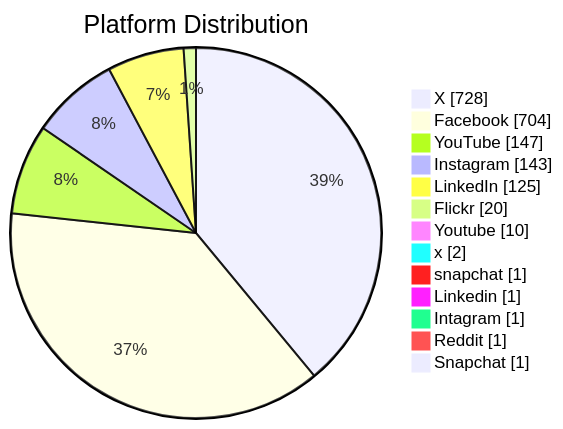
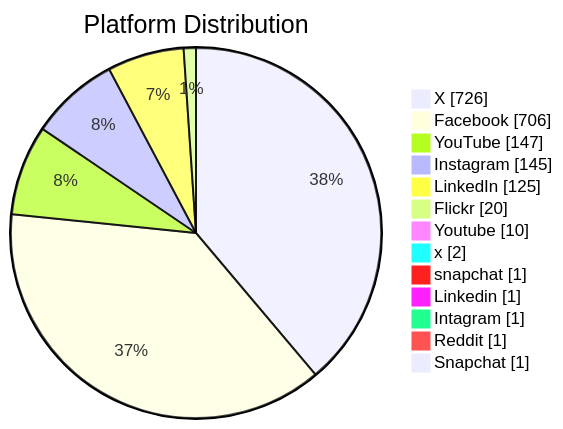
Before and after one commit to PatLittle/GC-Socials: the second of 6 diagrams in README.md, drawn with Mermaid. The commit also changed other lines of this file, not shown here.

Commit message:
Update README with Platform Distribution pie chart

````diff
--- a/README.md
+++ b/README.md
@@ -46,16 +46,16 @@
 ```mermaid
 pie showData title Platform Distribution
-    "X": 728
-    "Facebook": 704
+    "X": 726
+    "Facebook": 706
     "YouTube": 147
-    "Instagram": 143
+    "Instagram": 145
     "LinkedIn": 125
     "Flickr": 20
     "Youtube": 10
     "x": 2
     "snapchat": 1
     "Linkedin": 1
     "Intagram": 1
     "Reddit": 1
     "Snapchat": 1
 ```
````
